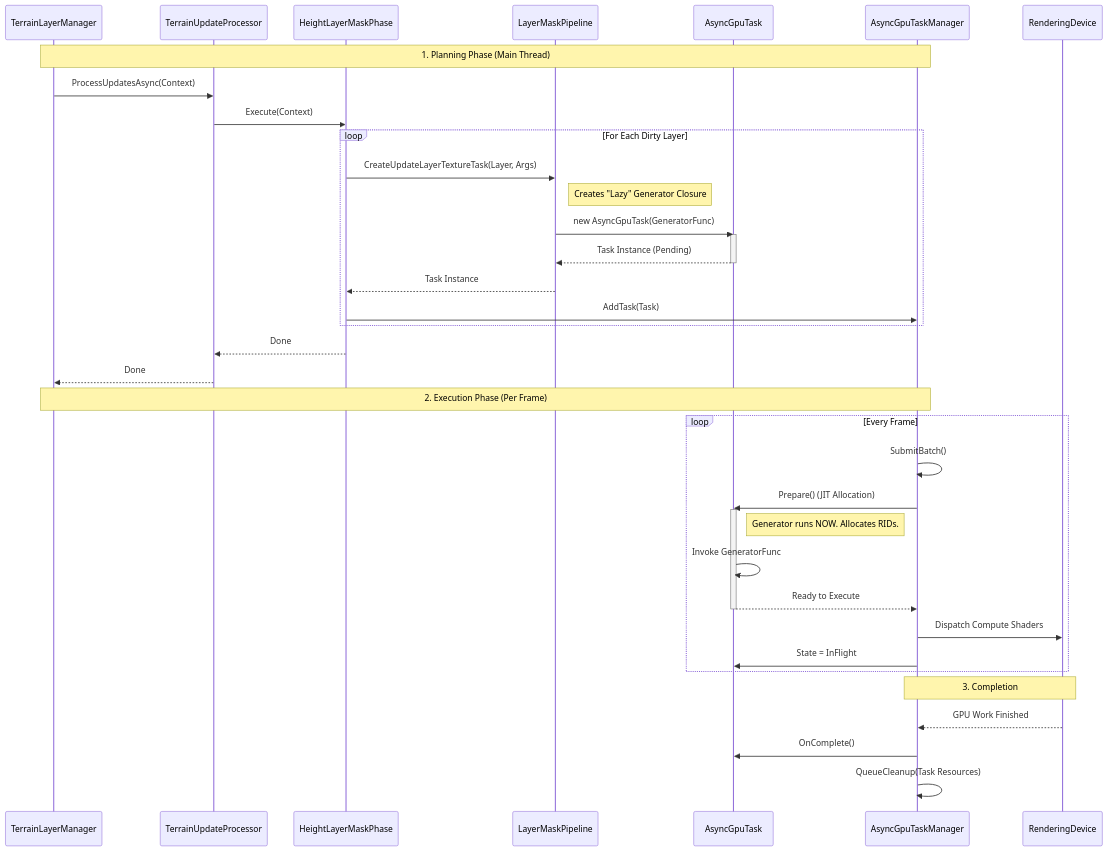
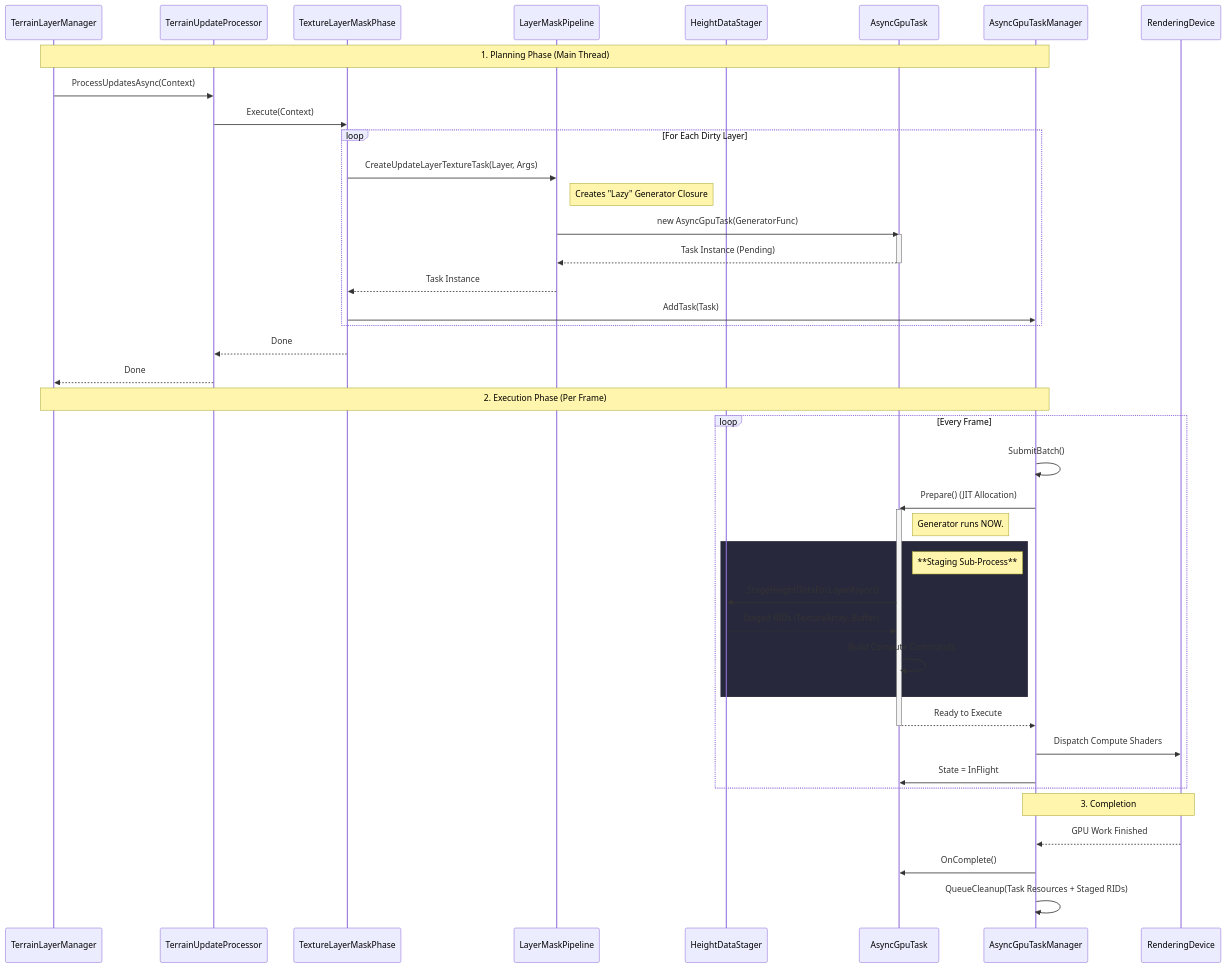
The second of 5 diagrams in UML_ARCHITECTURE.md (OldGnuts/Terrain3D_Layer_Tool), drawn with Mermaid before and after one commit. The commit also changed other lines of this file, not shown here.

````diff
--- a/UML_ARCHITECTURE.md
+++ b/UML_ARCHITECTURE.md
@@ -85,53 +95,61 @@
 ```mermaid
 sequenceDiagram
     participant TM as TerrainLayerManager
     participant Proc as TerrainUpdateProcessor
-    participant Phase as HeightLayerMaskPhase
+    participant Phase as TextureLayerMaskPhase
     participant Pipeline as LayerMaskPipeline
+    participant Stager as HeightDataStager
     participant Task as AsyncGpuTask
     participant Mgr as AsyncGpuTaskManager
     participant GPU as RenderingDevice
 
     Note over TM, Mgr: 1. Planning Phase (Main Thread)
     
     TM->>Proc: ProcessUpdatesAsync(Context)
     Proc->>Phase: Execute(Context)
     
     loop For Each Dirty Layer
         Phase->>Pipeline: CreateUpdateLayerTextureTask(Layer, Args)
         
         Note right of Pipeline: Creates "Lazy" Generator Closure
         Pipeline->>Task: new AsyncGpuTask(GeneratorFunc)
         activate Task
         Task-->>Pipeline: Task Instance (Pending)
         deactivate Task
         
         Pipeline-->>Phase: Task Instance
         Phase->>Mgr: AddTask(Task)
     end
     
     Phase-->>Proc: Done
     Proc-->>TM: Done
 
     Note over TM, Mgr: 2. Execution Phase (Per Frame)
 
     loop Every Frame
         Mgr->>Mgr: SubmitBatch()
         
         Mgr->>Task: Prepare() (JIT Allocation)
         activate Task
-        Note right of Task: Generator runs NOW. Allocates RIDs.
-        Task->>Task: Invoke GeneratorFunc
+        Note right of Task: Generator runs NOW.
+        
+        rect rgb(40, 40, 60)
+            Note right of Task: **Staging Sub-Process**
+            Task->>Stager: StageHeightDataForLayerAsync()
+            Stager-->>Task: Staged RIDs (TextureArray, Buffer)
+            Task->>Task: Build Compute Commands
+        end
+        
         Task-->>Mgr: Ready to Execute
         deactivate Task
 
         Mgr->>GPU: Dispatch Compute Shaders
         Mgr->>Task: State = InFlight
     end
 
     Note over Mgr, GPU: 3. Completion
     
     GPU-->>Mgr: GPU Work Finished
     Mgr->>Task: OnComplete()
-    Mgr->>Mgr: QueueCleanup(Task Resources)
+    Mgr->>Mgr: QueueCleanup(Task Resources + Staged RIDs)
 ```
````
